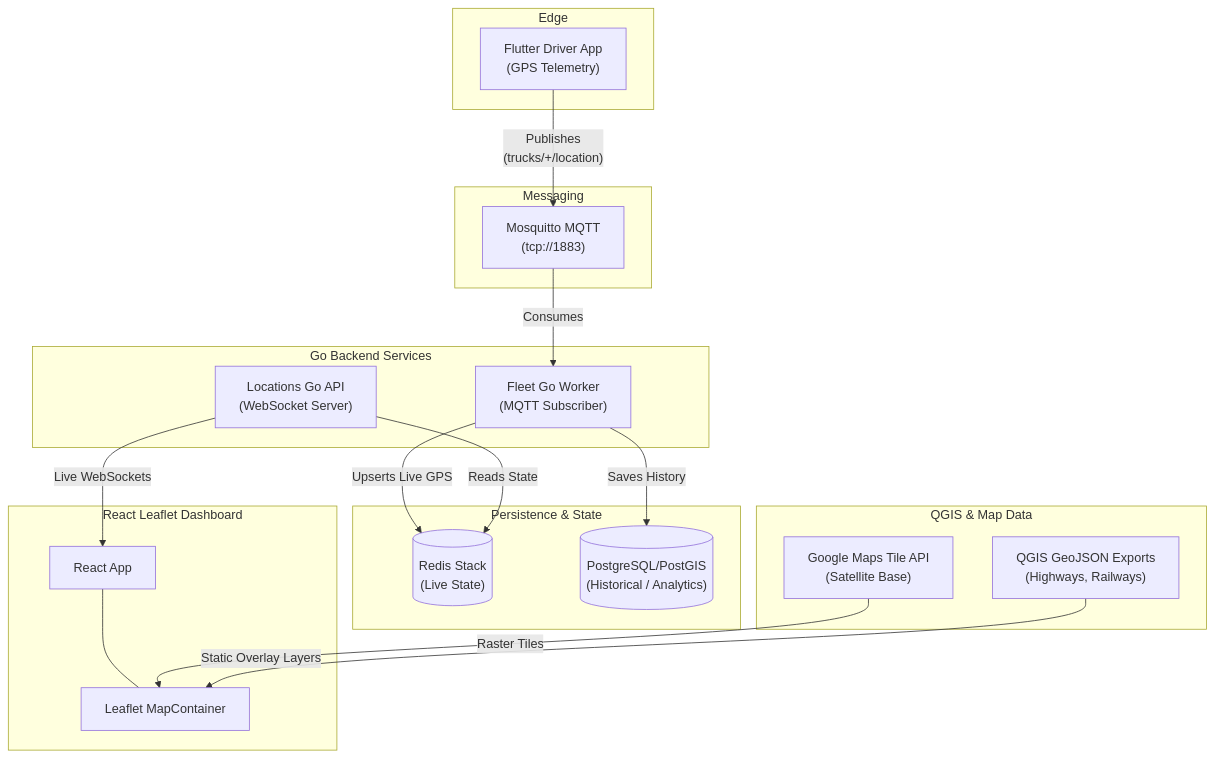
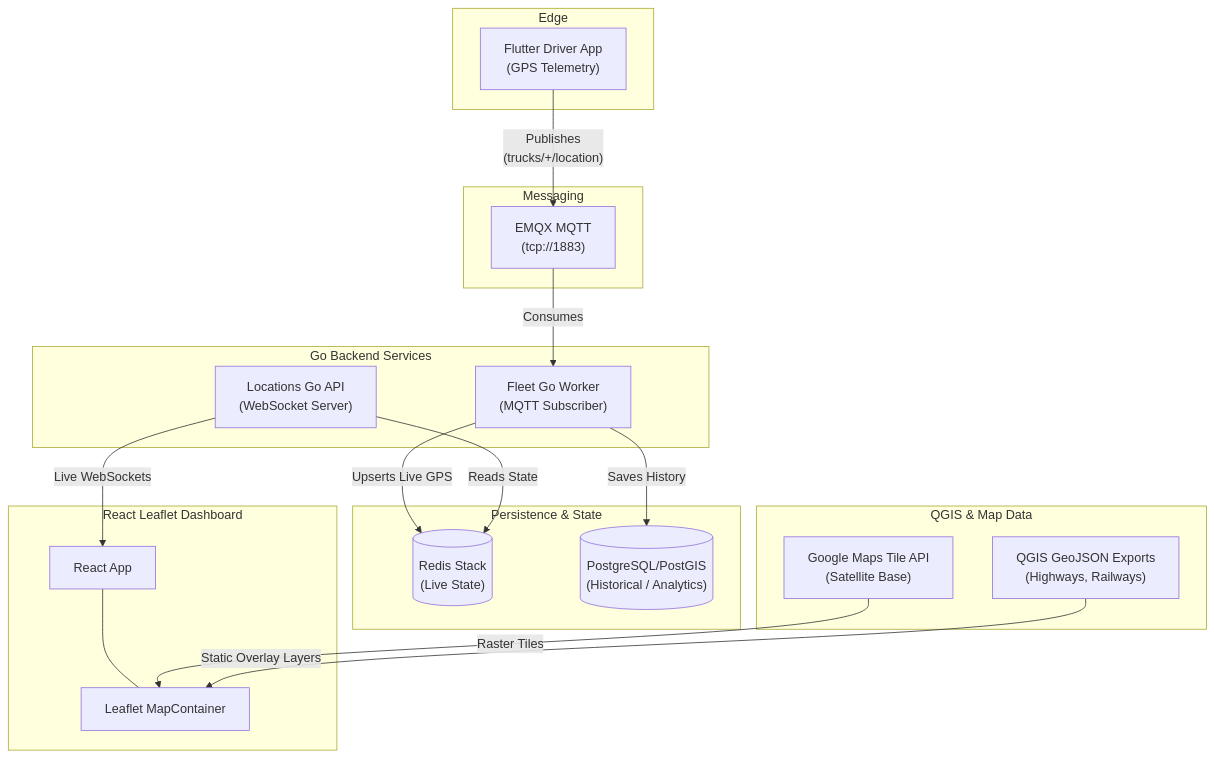
The diagram in docs/architecture.md (rozeappletree/fleetwatch-infra), drawn with Mermaid before and after one commit. The commit also changed other lines of this file and 5 other files, not shown here.

Commit message:
docs: update architecture docs for emqx migration

````diff
--- a/docs/architecture.md
+++ b/docs/architecture.md
@@ -24,48 +24,48 @@
 ```mermaid
 flowchart TB
     %% Core Edge & Ingestion
     subgraph Edge
         App["Flutter Driver App\n(GPS Telemetry)"]
     end
 
     subgraph Messaging
-        MQTT["Mosquitto MQTT\n(tcp://1883)"]
+        MQTT["EMQX MQTT\n(tcp://1883)"]
     end
 
     %% Backend Services
     subgraph Backend["Go Backend Services"]
         Worker["Fleet Go Worker\n(MQTT Subscriber)"]
         API["Locations Go API\n(WebSocket Server)"]
     end
 
     %% State & Persistence
     subgraph Data["Persistence & State"]
         Redis[("Redis Stack\n(Live State)")]
         PostGIS[("PostgreSQL/PostGIS\n(Historical / Analytics)")]
     end
 
     %% The New Map Data Flow
     subgraph MapData["QGIS & Map Data"]
         Google["Google Maps Tile API\n(Satellite Base)"]
         GeoJSON["QGIS GeoJSON Exports\n(Highways, Railways)"]
     end
 
     %% Frontend
     subgraph Frontend["React Leaflet Dashboard"]
         UI["React App"]
         Leaflet["Leaflet MapContainer"]
         UI --- Leaflet
     end
 
     %% Telemetry Flow
     App -- "Publishes\n(trucks/+/location)" --> MQTT
     MQTT -- "Consumes" --> Worker
     Worker -- "Upserts Live GPS" --> Redis
     Worker -- "Saves History" --> PostGIS
     API -- "Reads State" --> Redis
     API -- "Live WebSockets" --> UI
     
     %% Map Render Flow
     Google -- "Raster Tiles" --> Leaflet
     GeoJSON -- "Static Overlay Layers" --> Leaflet
 ```
````
